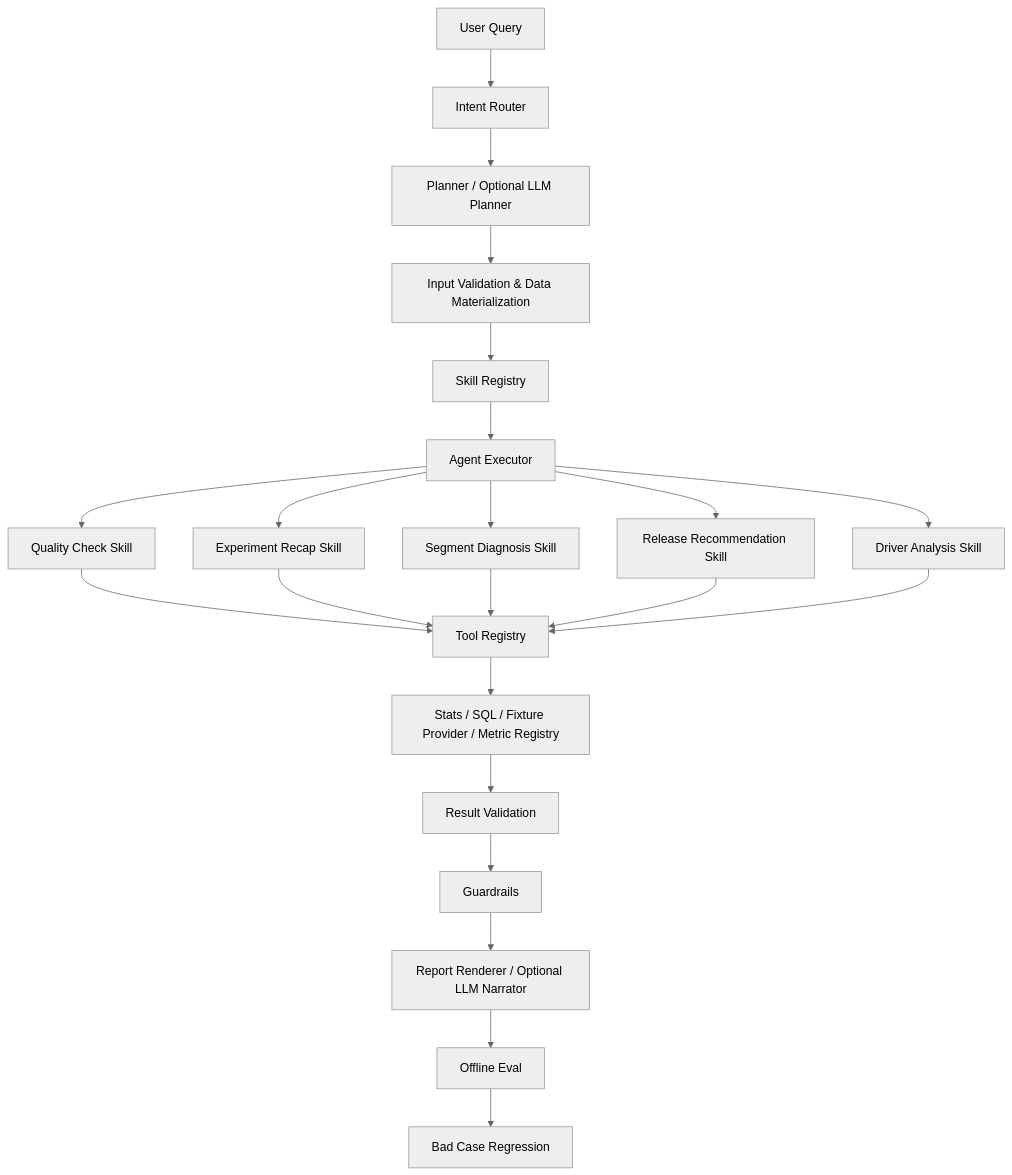
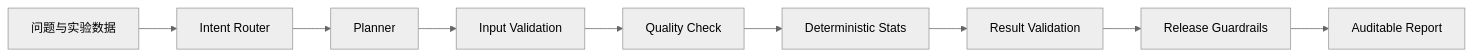
One commit to IfiniteAurora13/experiment-analysis-agent changed the diagram in README.md. Above: the diagram before and after it, drawn with Mermaid (neutral theme). The commit also changed other lines of this file and 5 other files, not shown here.

````diff
--- a/README.md
+++ b/README.md
@@ -31,24 +50,11 @@
 ```mermaid
-flowchart TD
-    Q[User Query] --> R[Intent Router]
-    R --> P[Planner / Optional LLM Planner]
-    P --> I[Input Validation & Data Materialization]
-    I --> S[Skill Registry]
-    S --> E[Agent Executor]
-    E --> QS[Quality Check Skill]
-    E --> MS[Experiment Recap Skill]
-    E --> SS[Segment Diagnosis Skill]
-    E --> RS[Release Recommendation Skill]
-    E --> DS[Driver Analysis Skill]
-    QS --> T[Tool Registry]
-    MS --> T
-    SS --> T
-    RS --> T
-    DS --> T
-    T --> ST[Stats / SQL / Fixture Provider / Metric Registry]
-    ST --> V[Result Validation]
-    V --> G[Guardrails]
-    G --> N[Report Renderer / Optional LLM Narrator]
-    N --> EV[Offline Eval]
-    EV --> BC[Bad Case Regression]
+flowchart LR
+    A[问题与实验数据] --> B[Intent Router]
+    B --> C[Planner]
+    C --> D[Input Validation]
+    D --> E[Quality Check]
+    E --> F[Deterministic Stats]
+    F --> G[Result Validation]
+    G --> H[Release Guardrails]
+    H --> I[Auditable Report]
 ```
````
